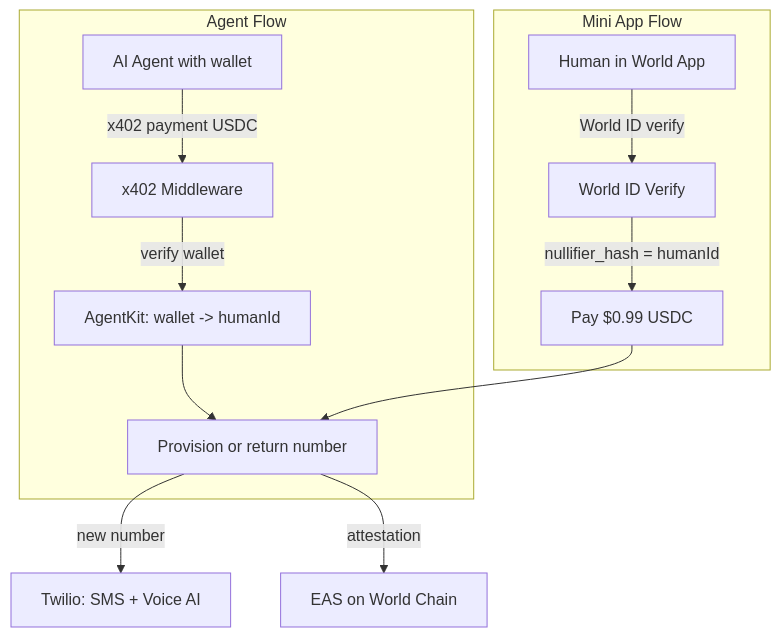
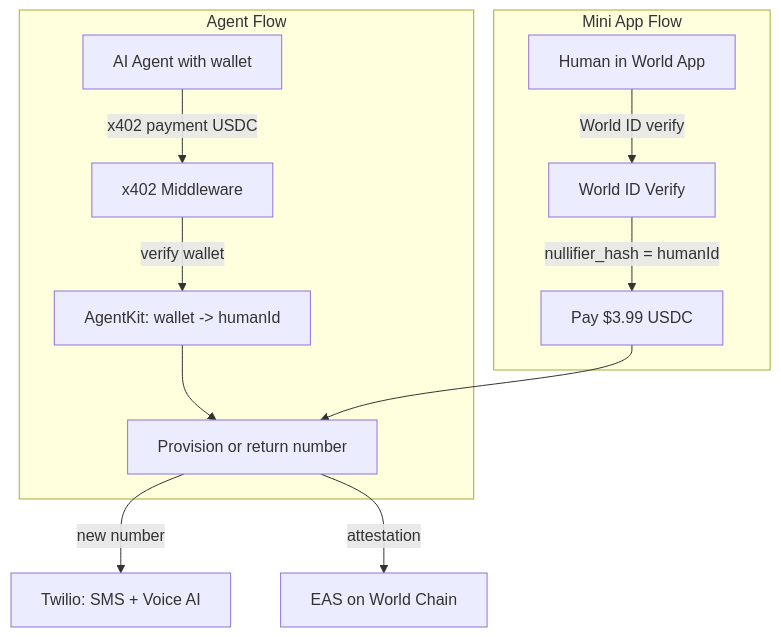
The second of 4 diagrams in README.md (trionlabs/ahoy), drawn with Mermaid before and after one commit. The commit also changed other lines of this file and 8 other files, not shown here.

````diff
--- a/README.md
+++ b/README.md
@@ -61,17 +61,17 @@
 ```mermaid
 graph TB
     subgraph "Agent Flow"
         AG[AI Agent with wallet] -->|x402 payment USDC| X4[x402 Middleware]
         X4 -->|verify wallet| AK[AgentKit: wallet -> humanId]
         AK --> PROV[Provision or return number]
     end
 
     subgraph "Mini App Flow"
         USER[Human in World App] -->|World ID verify| WID[World ID Verify]
-        WID -->|nullifier_hash = humanId| PAY[Pay $0.99 USDC]
+        WID -->|nullifier_hash = humanId| PAY[Pay $3.99 USDC]
         PAY --> PROV
     end
 
     PROV -->|new number| TW[Twilio: SMS + Voice AI]
     PROV -->|attestation| EAS[EAS on World Chain]
 ```
````
